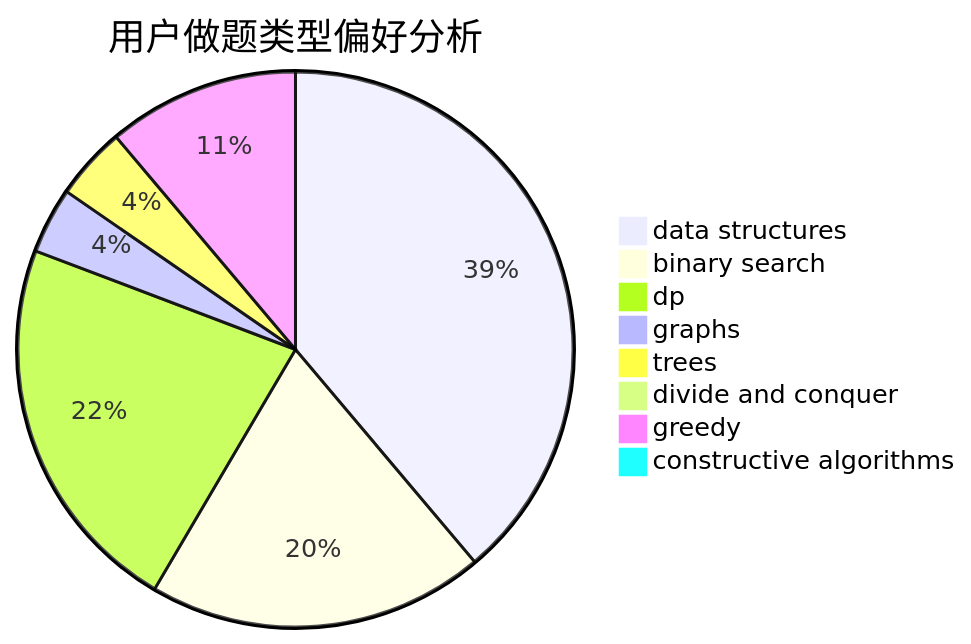
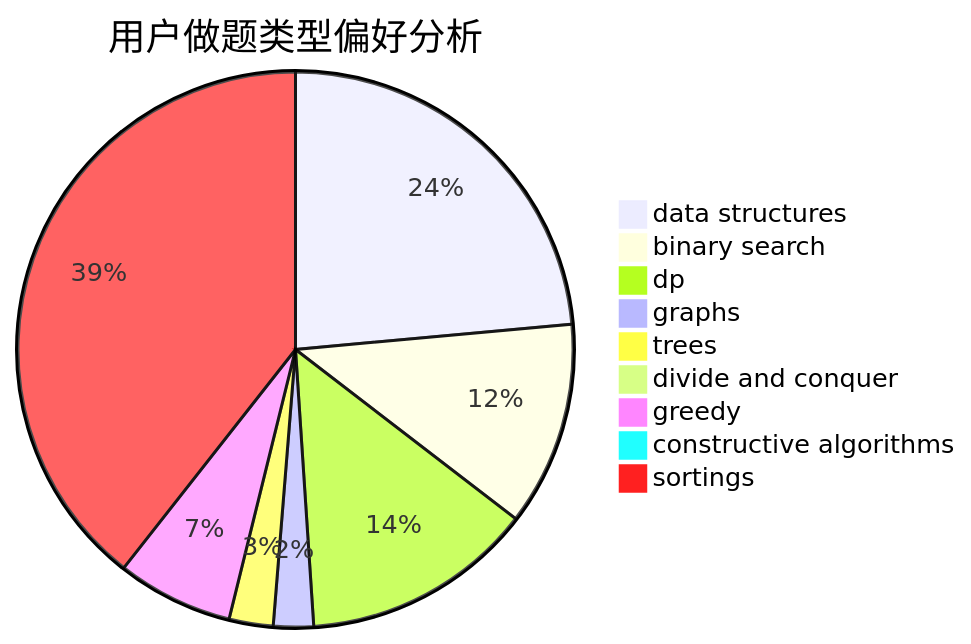
The second of 3 diagrams in docs/user/u746.md (sherpahu/cfrs.github.io), drawn with Mermaid before and after one commit. The commit also changed other lines of this file and 2769 other files, not shown here.

````diff
--- a/docs/user/u746.md
+++ b/docs/user/u746.md
@@ -23,11 +18,12 @@
 ```mermaid
 pie title 用户做题类型偏好分析
     "data structures" :  101
     "binary search" :  51
     "dp" :  58
     "graphs" :  10
     "trees" :  11
     "divide and conquer" :  0
     "greedy" :  29
     "constructive algorithms" :  0
+    "sortings" :  169
 ```
````
